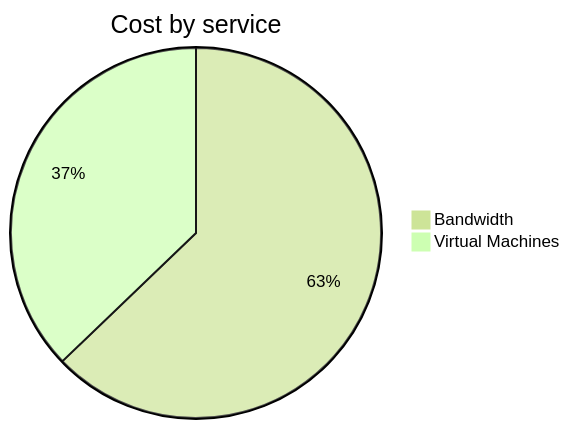
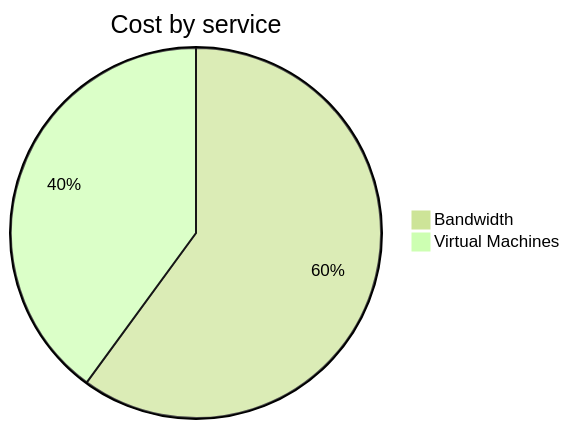
The second of 4 diagrams in cost-reports/personal-network/vpn-server.md (jpfulton/azure-personal-reports), drawn with Mermaid (forest theme) before and after one commit. The commit also changed other lines of this file and 8 other files, not shown here.

````diff
--- a/cost-reports/personal-network/vpn-server.md
+++ b/cost-reports/personal-network/vpn-server.md
@@ -96,6 +96,6 @@
 ```mermaid
 pie
    title Cost by service
-   "Bandwidth" : 2.40
-   "Virtual Machines" : 1.42
+   "Bandwidth" : 2.42
+   "Virtual Machines" : 1.61
 ```
````
